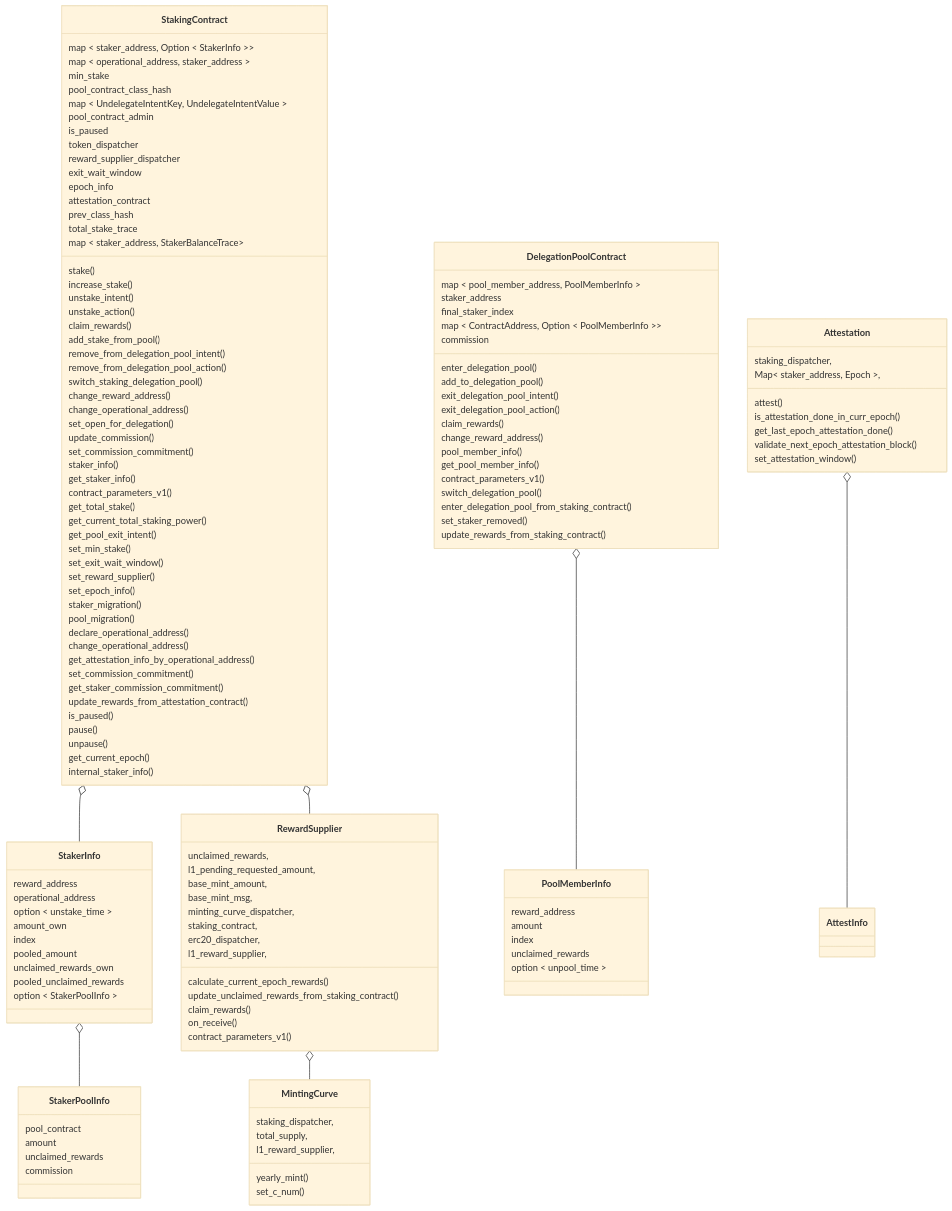
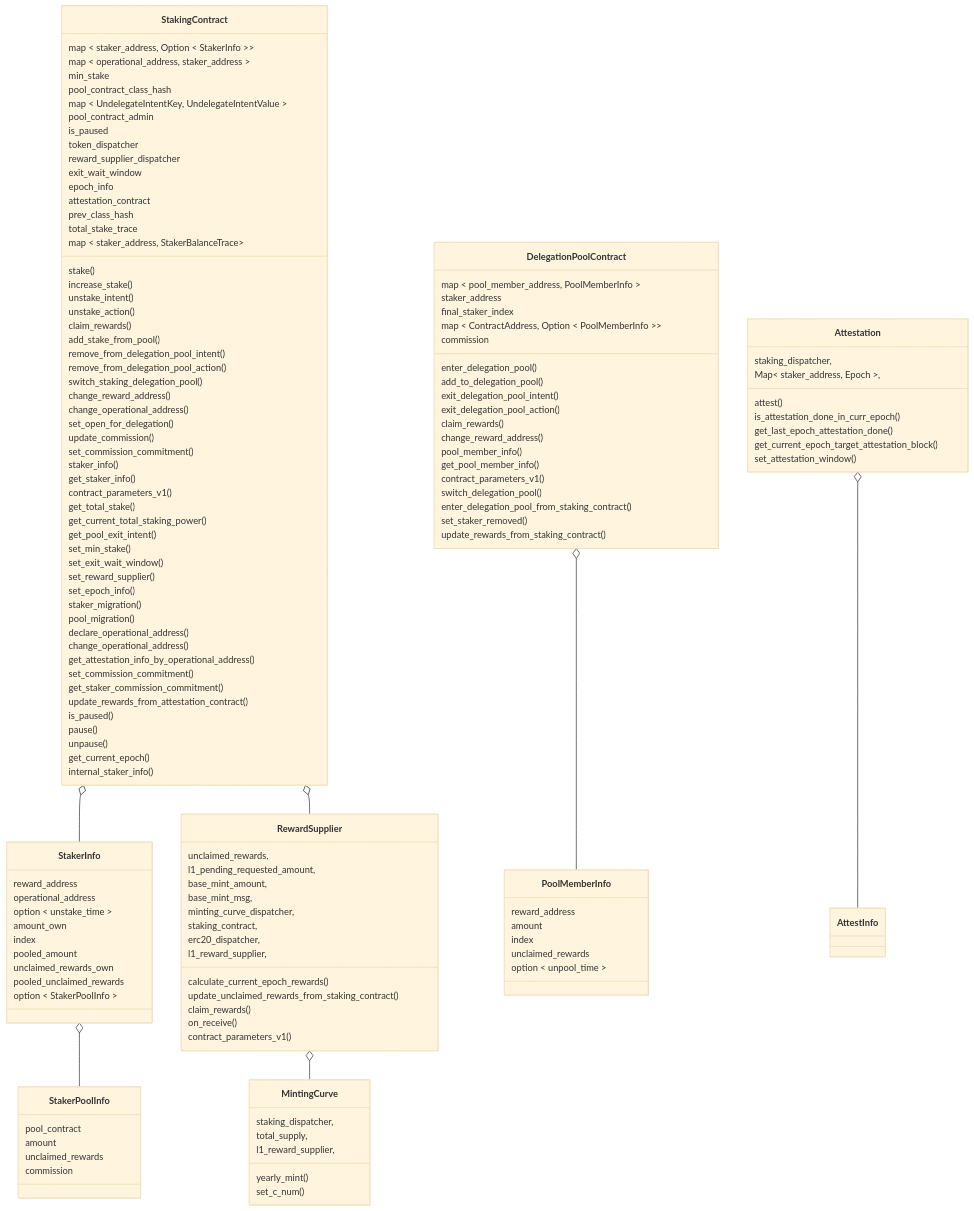
The first of 8 diagrams in workspace/apps/staking/docs/spec.md (starkware-libs/starknet-staking), drawn with Mermaid (base theme) before and after one commit. The commit also changed other lines of this file and 4 other files, not shown here.

Commit message:
feat(staking): refactor get attest block (#4044)

```diff
--- a/workspace/apps/staking/docs/spec.md
+++ b/workspace/apps/staking/docs/spec.md
@@ -358,7 +358,7 @@
     attest()
     is_attestation_done_in_curr_epoch()
     get_last_epoch_attestation_done()
-    validate_next_epoch_attestation_block()
+    get_current_epoch_target_attestation_block()
     set_attestation_window()
   }
   class AttestInfo{
```
